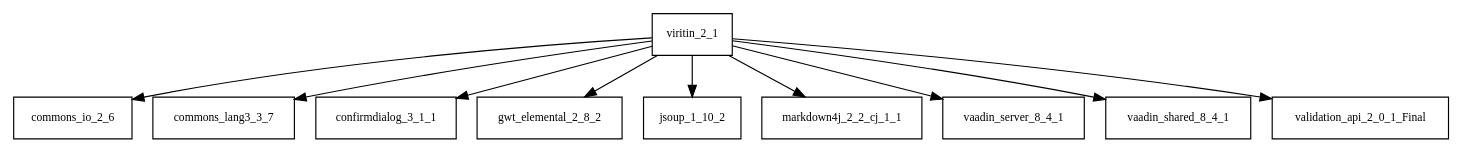
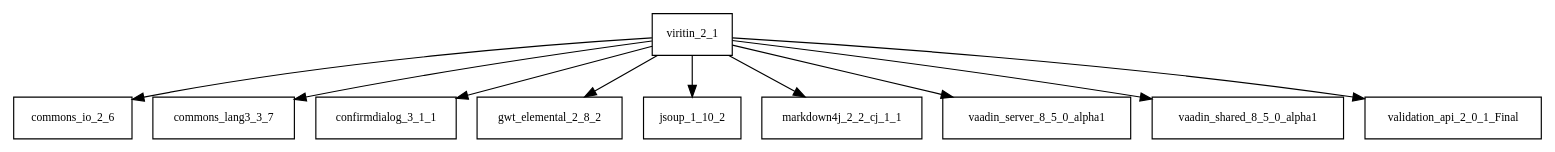
Before and after one commit to sjvs/cia: the diagram in tattleTaleReport/graphviz/viritin-2.1.jar/viritin-2.1.jar.dot, drawn with Graphviz. The commit also changed 1779 other files, not shown here.

```diff
--- a/tattleTaleReport/graphviz/viritin-2.1.jar/viritin-2.1.jar.dot
+++ b/tattleTaleReport/graphviz/viritin-2.1.jar/viritin-2.1.jar.dot
@@ -1,12 +1,12 @@
 digraph viritin_2_1_dependencies {
   node [shape = box, fontsize=10.0];
   viritin_2_1 -> commons_io_2_6;
   viritin_2_1 -> commons_lang3_3_7;
   viritin_2_1 -> confirmdialog_3_1_1;
   viritin_2_1 -> gwt_elemental_2_8_2;
   viritin_2_1 -> jsoup_1_10_2;
   viritin_2_1 -> markdown4j_2_2_cj_1_1;
-  viritin_2_1 -> vaadin_server_8_4_1;
-  viritin_2_1 -> vaadin_shared_8_4_1;
+  viritin_2_1 -> vaadin_server_8_5_0_alpha1;
+  viritin_2_1 -> vaadin_shared_8_5_0_alpha1;
   viritin_2_1 -> validation_api_2_0_1_Final;
 }
```
